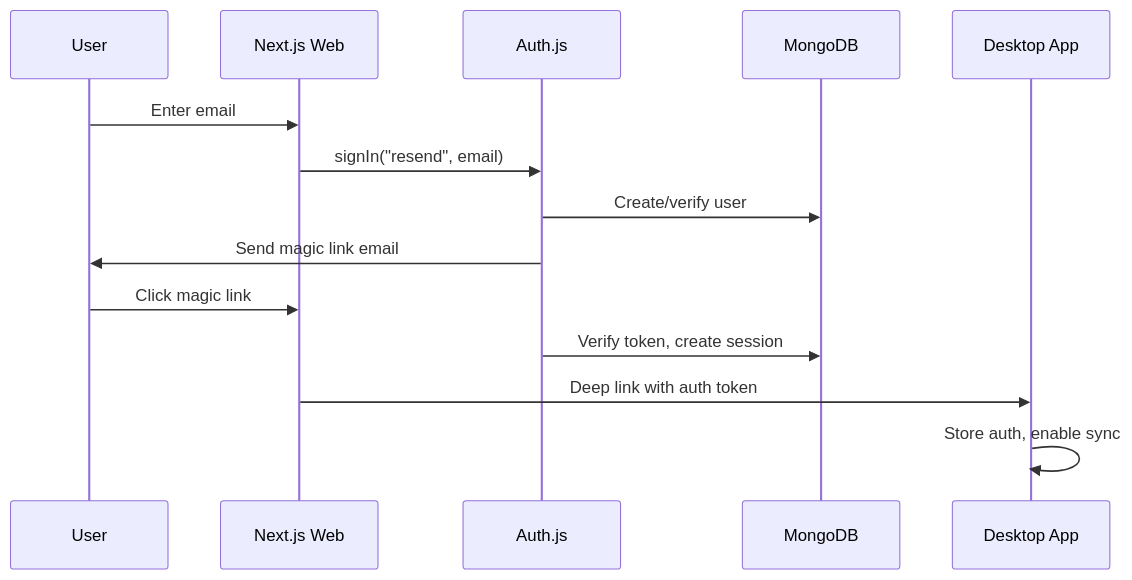
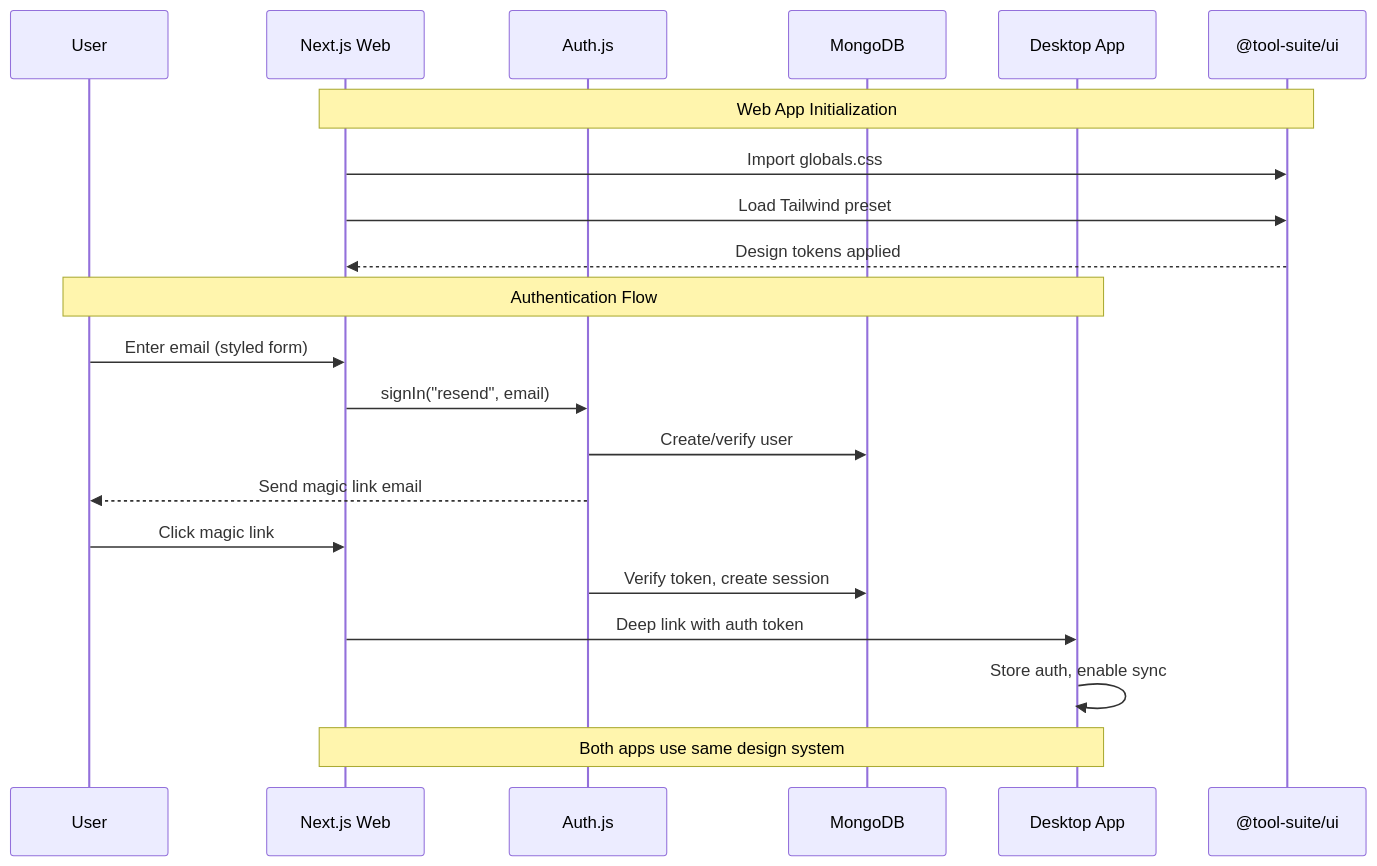
Before and after one commit to Lilit3578/tool-suite-antigravity: the third of 3 diagrams in ARCHITECTURE.md, drawn with Mermaid. The commit also changed other lines of this file and 9 other files, not shown here.

````diff
--- a/ARCHITECTURE.md
+++ b/ARCHITECTURE.md
@@ -202,17 +222,26 @@
 ```mermaid
 sequenceDiagram
     participant User
     participant Web as Next.js Web
     participant Auth as Auth.js
     participant DB as MongoDB
     participant Desktop as Desktop App
+    participant UI as @tool-suite/ui
     
-    User->>Web: Enter email
+    Note over Web,UI: Web App Initialization
+    Web->>UI: Import globals.css
+    Web->>UI: Load Tailwind preset
+    UI-->>Web: Design tokens applied
+    
+    Note over User,Desktop: Authentication Flow
+    User->>Web: Enter email (styled form)
     Web->>Auth: signIn("resend", email)
     Auth->>DB: Create/verify user
-    Auth->>User: Send magic link email
+    Auth-->>User: Send magic link email
     User->>Web: Click magic link
     Auth->>DB: Verify token, create session
     Web->>Desktop: Deep link with auth token
     Desktop->>Desktop: Store auth, enable sync
+    
+    Note over Web,Desktop: Both apps use same design system
 ```
````
